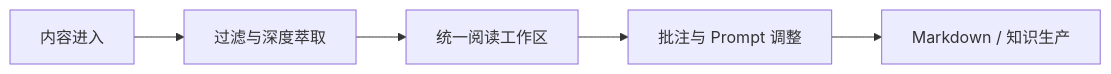
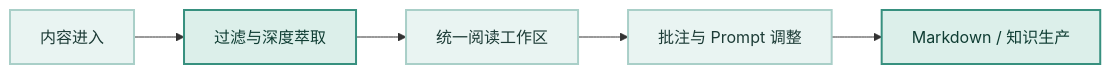
One commit to bor799/reclaim-feed changed the diagram in README.md. Above: the diagram before and after it, drawn with Mermaid. The commit also changed other lines of this file, not shown here.

````diff
--- a/README.md
+++ b/README.md
@@ -7,7 +13,12 @@
 ```mermaid
 flowchart LR
     A[内容进入] --> B[过滤与深度萃取]
     B --> C[统一阅读工作区]
     C --> D[批注与 Prompt 调整]
     D --> E[Markdown / 知识生产]
+    style A fill:#E9F4F2,stroke:#A9CFC8,stroke-width:2px,color:#1C3B36
+    style B fill:#DCEFEA,stroke:#37907F,stroke-width:2px,color:#0F3D33
+    style C fill:#E9F4F2,stroke:#A9CFC8,stroke-width:2px,color:#1C3B36
+    style D fill:#E9F4F2,stroke:#A9CFC8,stroke-width:2px,color:#1C3B36
+    style E fill:#DCEFEA,stroke:#37907F,stroke-width:2px,color:#0F3D33
 ```
````
